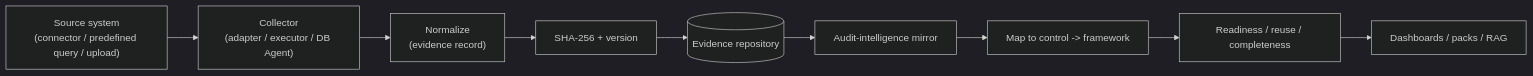
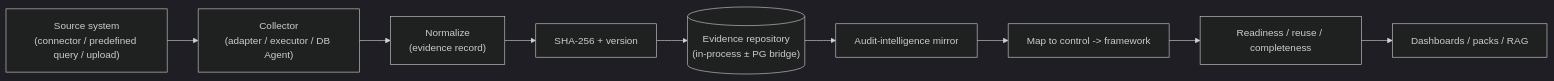
The sixth of 8 diagrams in docs/02-architecture/architecture/ENTERPRISE_ARCHITECTURE.md (ECS-Platform/ecs-enterprise-backup), drawn with Mermaid (dark theme) before and after one commit. The commit also changed other lines of this file and 25 other files, not shown here.

Commit message:
docs: complete Phase-1 architecture documentation

````diff
--- a/docs/02-architecture/architecture/ENTERPRISE_ARCHITECTURE.md
+++ b/docs/02-architecture/architecture/ENTERPRISE_ARCHITECTURE.md
@@ -227,11 +233,11 @@
 ```mermaid
 flowchart LR
   SRC["Source system\n(connector / predefined query / upload)"] --> COL["Collector\n(adapter / executor / DB Agent)"]
   COL --> NORM["Normalize\n(evidence record)"]
   NORM --> HASH["SHA-256 + version"]
-  HASH --> REPO[("Evidence repository")]
+  HASH --> REPO[("Evidence repository\n(in-process ± PG bridge)")]
   REPO --> MIR["Audit-intelligence mirror"]
   MIR --> MAP["Map to control -> framework"]
   MAP --> READY["Readiness / reuse / completeness"]
   READY --> DASH["Dashboards / packs / RAG"]
 ```
````
